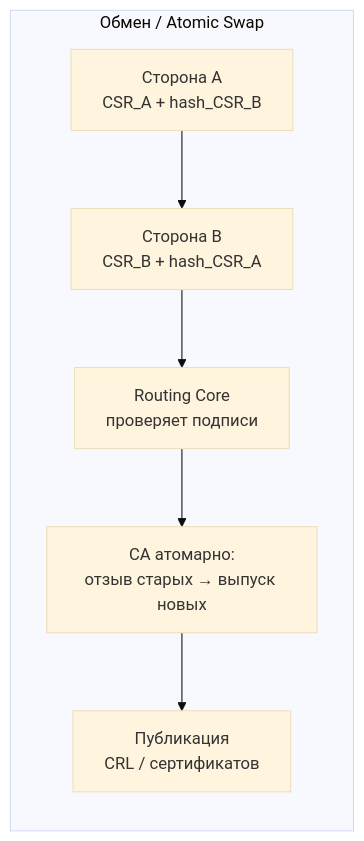
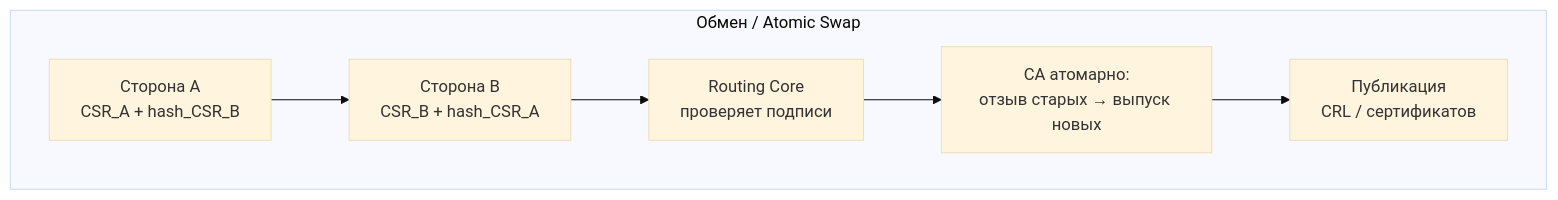
Before and after one commit to alexandrzasypkin/TRS: the third of 3 diagrams in wiki/TRS_14.md, drawn with Mermaid. The commit also changed other lines of this file, not shown here.

````diff
--- a/wiki/TRS_14.md
+++ b/wiki/TRS_14.md
@@ -124,10 +124,10 @@
 ```mermaid
 %%{init: {'flowchart': { 'layout': 'elk', 'curve': 'linear' }, 'theme': 'base' } }%%
-flowchart LR
+flowchart TB
   subgraph SWAP[Обмен / Atomic Swap]
     U1[Сторона A<br/>CSR_A + hash_CSR_B] --> U2[Сторона B<br/>CSR_B + hash_CSR_A]
     U2 --> RC2[Routing Core<br/>проверяет подписи]
     RC2 --> CA2[CA атомарно:<br/>отзыв старых → выпуск новых]
     CA2 --> PR2[Публикация<br/>CRL / сертификатов]
   end
 ```
````
